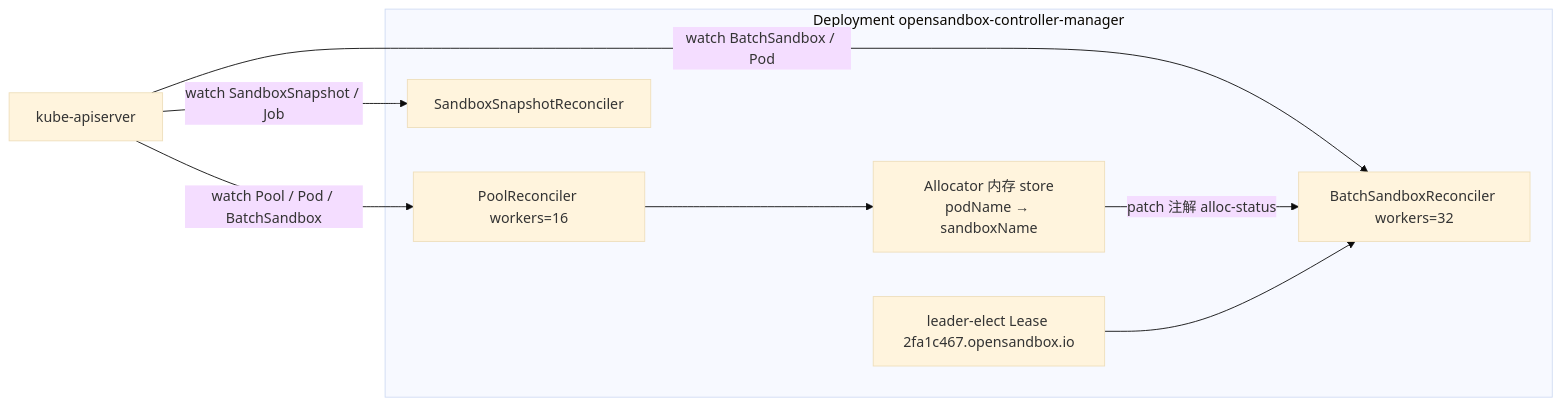
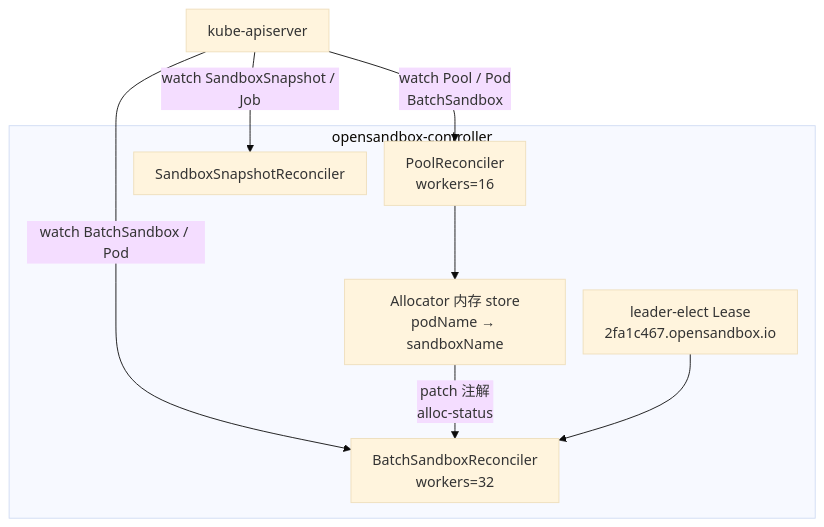
The third of 7 diagrams in docs/opensandbox-operator.md (forrestIsRunning/kind-k8s-learning), drawn with Mermaid (base theme) before and after one commit. The commit also changed other lines of this file and 2 other files, not shown here.

Commit message:
Stop mermaid diagrams from clipping labels and bottoms.

````diff
--- a/docs/opensandbox-operator.md
+++ b/docs/opensandbox-operator.md
@@ -131,19 +151,29 @@
 ```mermaid
-flowchart LR
+---
+config:
+  flowchart:
+    htmlLabels: true
+    wrappingWidth: 200
+    padding: 12
+    useMaxWidth: false
+    rankSpacing: 35
+    nodeSpacing: 20
+---
+flowchart TB
   API["kube-apiserver"]
 
-  subgraph mgr["Deployment opensandbox-controller-manager"]
-    LE["leader-elect Lease 2fa1c467.opensandbox.io"]
-    R1["BatchSandboxReconciler workers=32"]
-    R2["PoolReconciler workers=16"]
+  subgraph mgr["opensandbox-controller"]
+    LE["leader-elect Lease<br/>2fa1c467.opensandbox.io"]
+    R1["BatchSandboxReconciler<br/>workers=32"]
+    R2["PoolReconciler<br/>workers=16"]
     R3["SandboxSnapshotReconciler"]
     A["Allocator 内存 store<br/>podName → sandboxName"]
   end
 
   API -->|"watch BatchSandbox / Pod"| R1
-  API -->|"watch Pool / Pod / BatchSandbox"| R2
+  API -->|"watch Pool / Pod<br/>BatchSandbox"| R2
   API -->|"watch SandboxSnapshot / Job"| R3
   R2 --> A
-  A -->|"patch 注解 alloc-status"| R1
+  A -->|"patch 注解<br/>alloc-status"| R1
   LE --> R1
 ```
````
